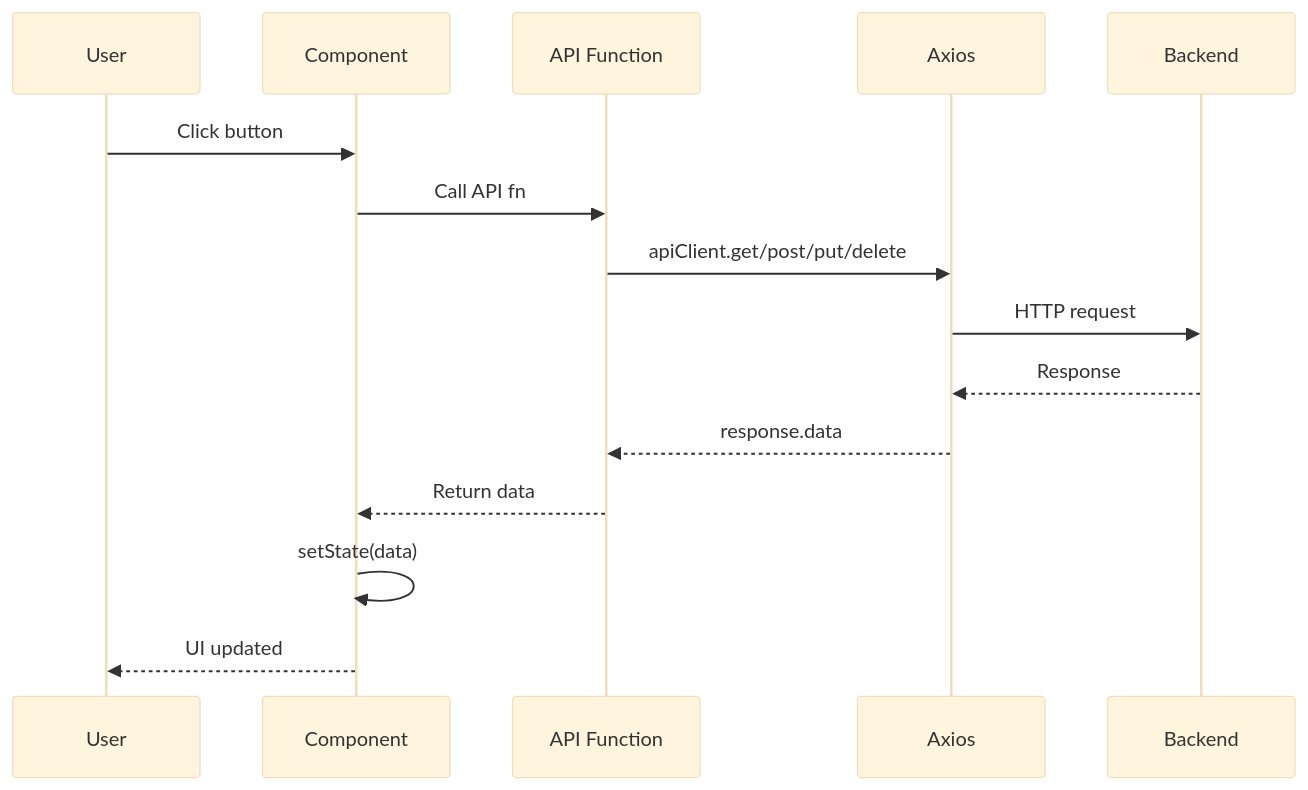
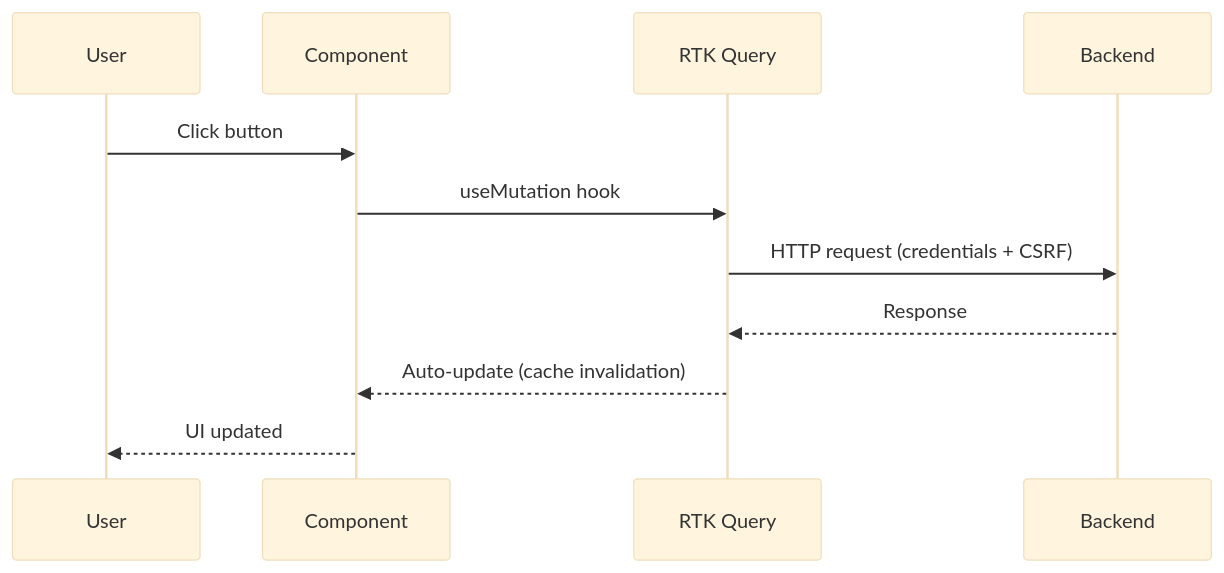
The first of 7 diagrams in server/frontend/docs/data-flow.md (smartuni/riot-po-2026), drawn with Mermaid (base theme) before and after one commit. The commit also changed other lines of this file and 199 other files, not shown here.

````diff
--- a/server/frontend/docs/data-flow.md
+++ b/server/frontend/docs/data-flow.md
@@ -9,18 +9,14 @@
 ```mermaid
 sequenceDiagram
     participant User
     participant Component
-    participant API as API Function
-    participant Axios
+    participant RTK as RTK Query
     participant Backend
     
     User->>Component: Click button
-    Component->>API: Call API fn
-    API->>Axios: apiClient.get/post/put/delete
-    Axios->>Backend: HTTP request
-    Backend-->>Axios: Response
-    Axios-->>API: response.data
-    API-->>Component: Return data
-    Component->>Component: setState(data)
+    Component->>RTK: useMutation hook
+    RTK->>Backend: HTTP request (credentials + CSRF)
+    Backend-->>RTK: Response
+    RTK-->>Component: Auto-update (cache invalidation)
     Component-->>User: UI updated
 ```
````
